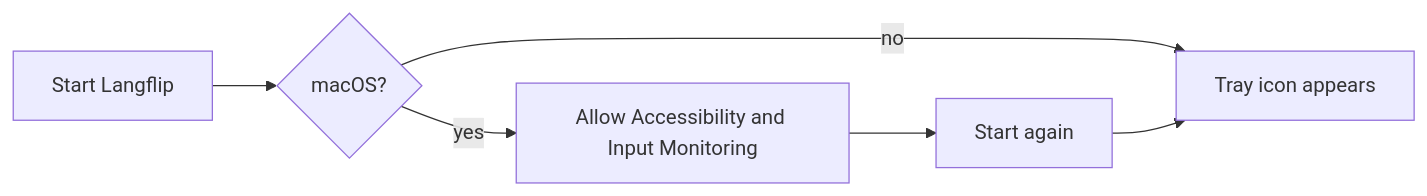
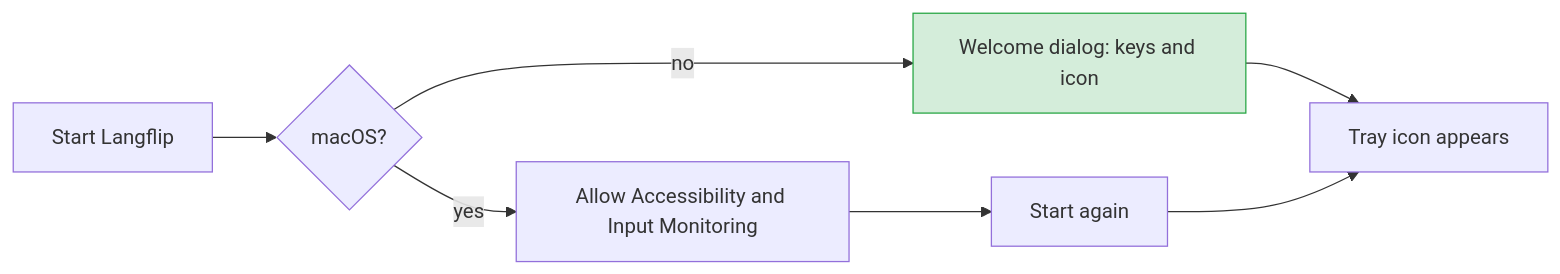
One commit to workbench-soft/langflip changed the first of 11 diagrams in docs/user-flows.md. Above: the diagram before and after it, drawn with Mermaid. The commit also changed other lines of this file and 15 other files, not shown here.

First line of the commit message:
feat: a welcome on the first start, a tray menu in the system theme, the layout in the tooltip (#63)

````diff
--- a/docs/user-flows.md
+++ b/docs/user-flows.md
@@ -9,7 +10,8 @@
 ```mermaid
 flowchart LR
     A[Start Langflip] --> B{macOS?}
     B -- yes --> C[Allow Accessibility and Input Monitoring] --> D[Start again]
-    B -- no --> E[Tray icon appears]
+    B -- no --> W[Welcome dialog: keys and icon] --> E[Tray icon appears]
     D --> E
+    style W fill:#d4edda,stroke:#28a745
 ```
````
